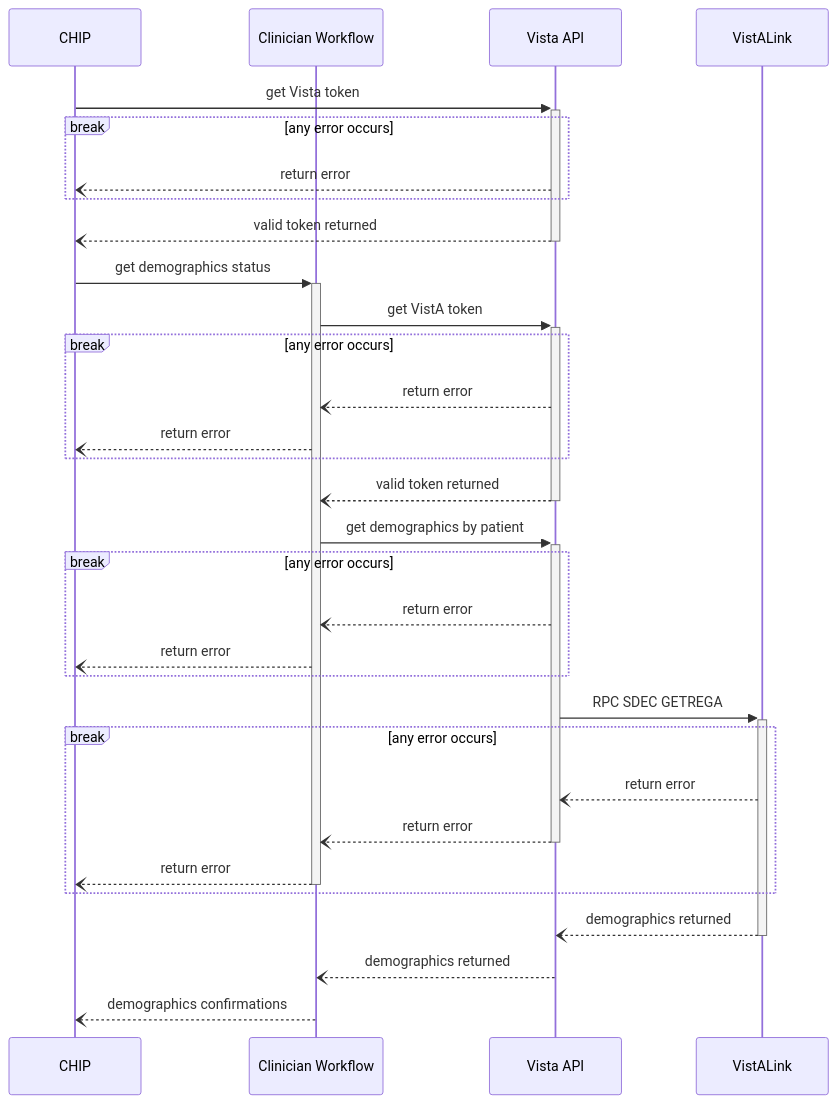
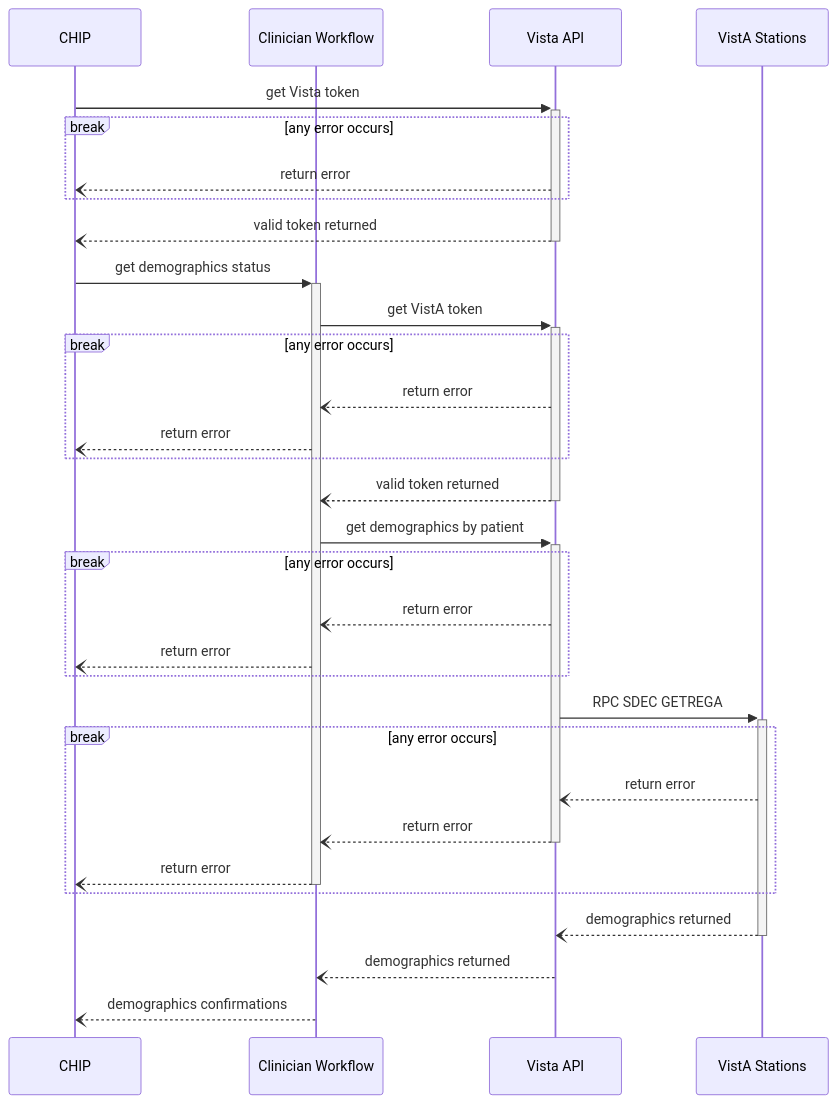
One commit to department-of-veterans-affairs/va.gov-team changed the fourth of 6 diagrams in products/health-care/checkin/engineering/architecture-diagrams/sequenceDiagram_preCheckInExp.md. Above: the diagram before and after it, drawn with Mermaid. The commit also changed other lines of this file, not shown here.

````diff
--- a/products/health-care/checkin/engineering/architecture-diagrams/sequenceDiagram_preCheckInExp.md
+++ b/products/health-care/checkin/engineering/architecture-diagrams/sequenceDiagram_preCheckInExp.md
@@ -139,45 +139,45 @@
 ```mermaid
 sequenceDiagram
   participant c as CHIP
   participant cw as Clinician Workflow
   participant va as Vista API
-  participant val as VistALink
+  participant val as VistA Stations
 
   c->>+va: get Vista token
 
   break any error occurs
     va--)c: return error
   end
 
   va--)-c: valid token returned
 
   c->>+cw: get demographics status
 
   cw->>+va: get VistA token
 
   break any error occurs
     va--)cw: return error
     cw--)c: return error
   end
 
   va--)-cw: valid token returned
 
   cw->>+va: get demographics by patient
 
   break any error occurs
     va--)cw: return error
     cw--)c: return error
   end
 
   va->>+val: RPC SDEC GETREGA
 
   break any error occurs
     val--)va: return error
     va--)-cw: return error
     cw--)-c: return error
   end
 
   val--)-va: demographics returned
   va--)cw: demographics returned
   cw--)c: demographics confirmations
 ```
````
